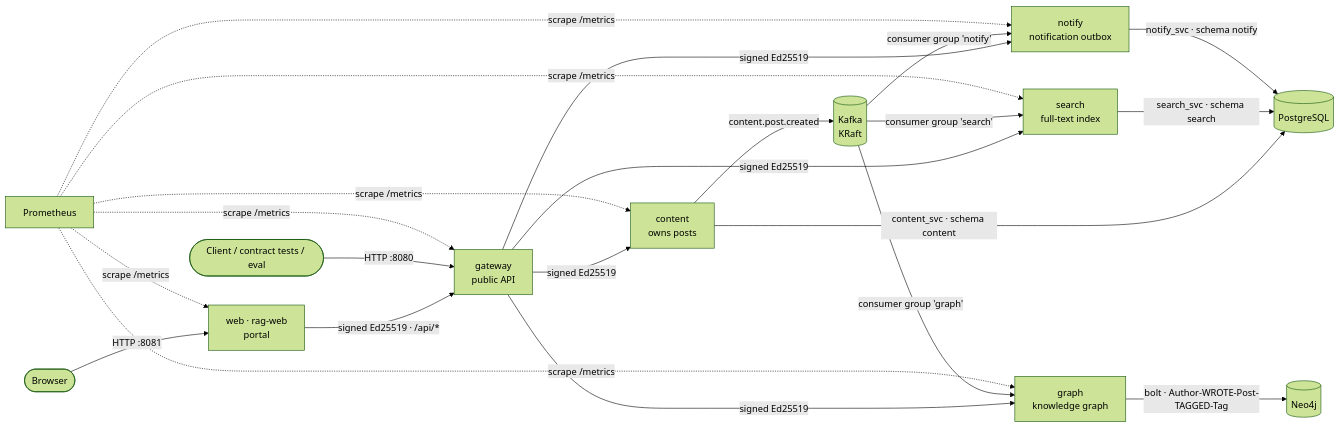
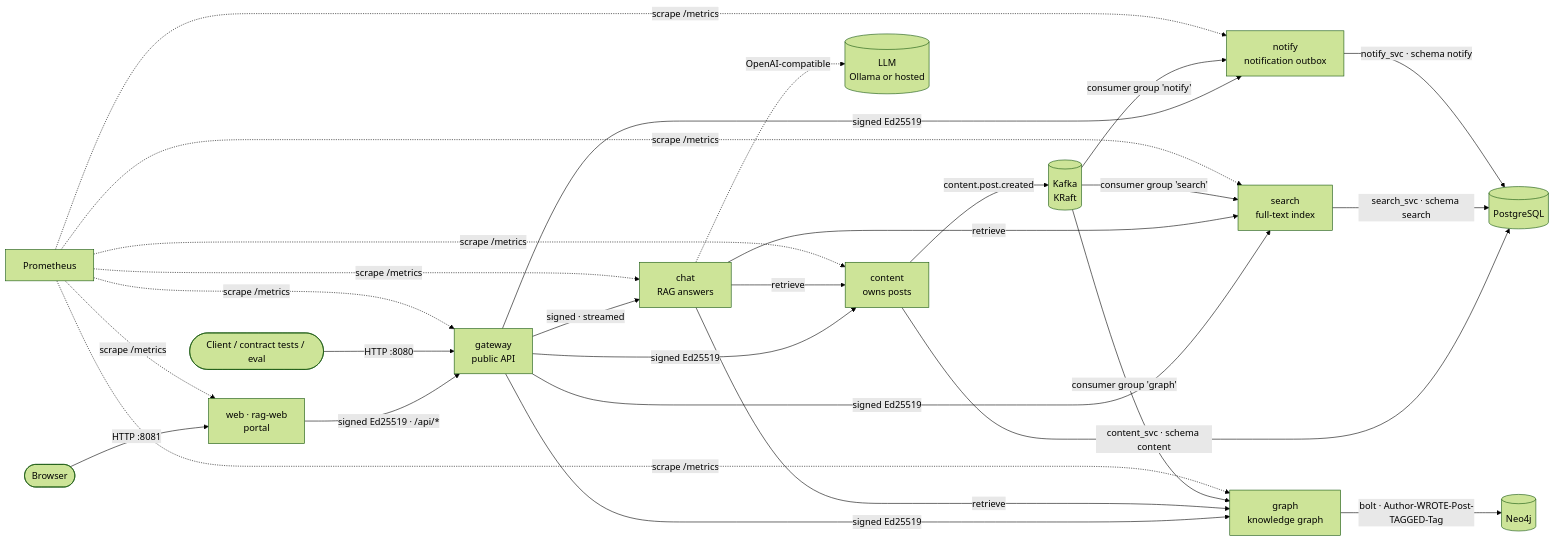
Before and after one commit to armdev/harness-template: the fourth of 5 diagrams in docs/en/04-architecture.md, drawn with Mermaid (forest theme). The commit also changed other lines of this file and 33 other files, not shown here.

````diff
--- a/docs/en/04-architecture.md
+++ b/docs/en/04-architecture.md
@@ -93,19 +93,22 @@
 ```mermaid
 flowchart LR
     browser([Browser]) -->|HTTP :8081| web[web · rag-web<br/>portal]
     web -->|signed Ed25519 · /api/*| gw
     client([Client / contract tests / eval]) -->|HTTP :8080| gw[gateway<br/>public API]
     gw -->|signed Ed25519| content[content<br/>owns posts]
     gw -->|signed Ed25519| search[search<br/>full-text index]
     gw -->|signed Ed25519| notify[notify<br/>notification outbox]
     gw -->|signed Ed25519| kg[graph<br/>knowledge graph]
+    gw -->|signed · streamed| chat[chat<br/>RAG answers]
+    chat -->|retrieve| search & kg & content
+    chat -.->|OpenAI-compatible| llm[(LLM<br/>Ollama or hosted)]
     content -->|content.post.created| kafka[(Kafka<br/>KRaft)]
     kafka -->|consumer group 'search'| search
     kafka -->|consumer group 'notify'| notify
     kafka -->|consumer group 'graph'| kg
     content -->|content_svc · schema content| pg[(PostgreSQL)]
     search -->|search_svc · schema search| pg
     notify -->|notify_svc · schema notify| pg
     kg -->|bolt · Author-WROTE-Post-TAGGED-Tag| neo[(Neo4j)]
-    prom[Prometheus] -.->|scrape /metrics| web & gw & content & search & notify & kg
+    prom[Prometheus] -.->|scrape /metrics| web & gw & content & search & notify & kg & chat
 ```
````
